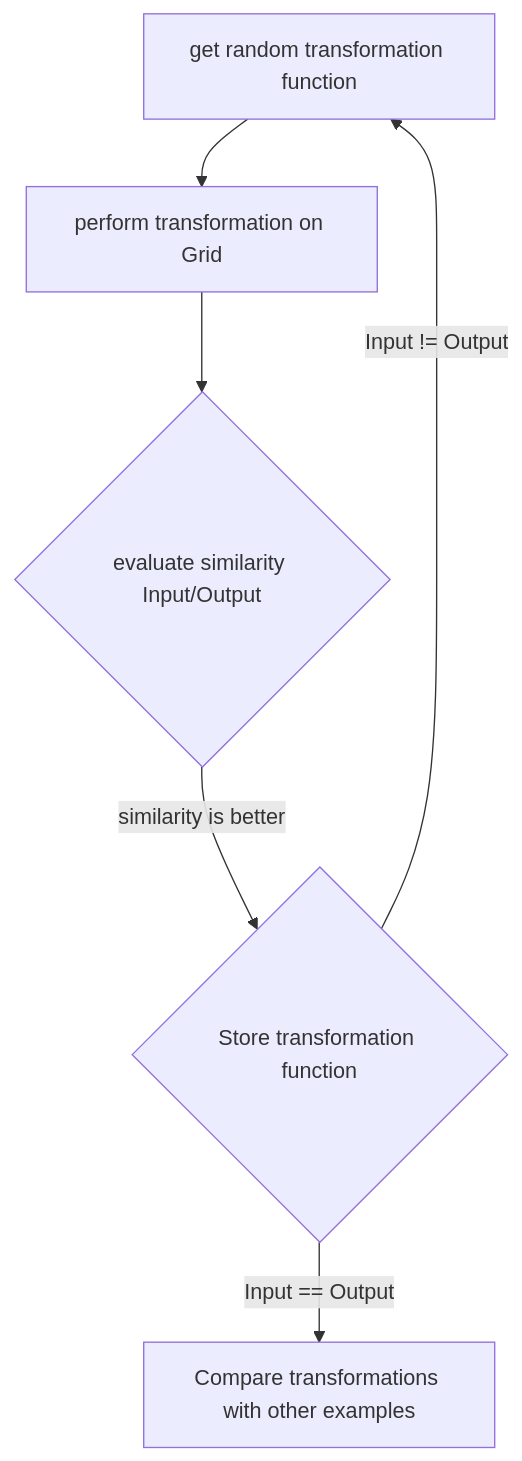
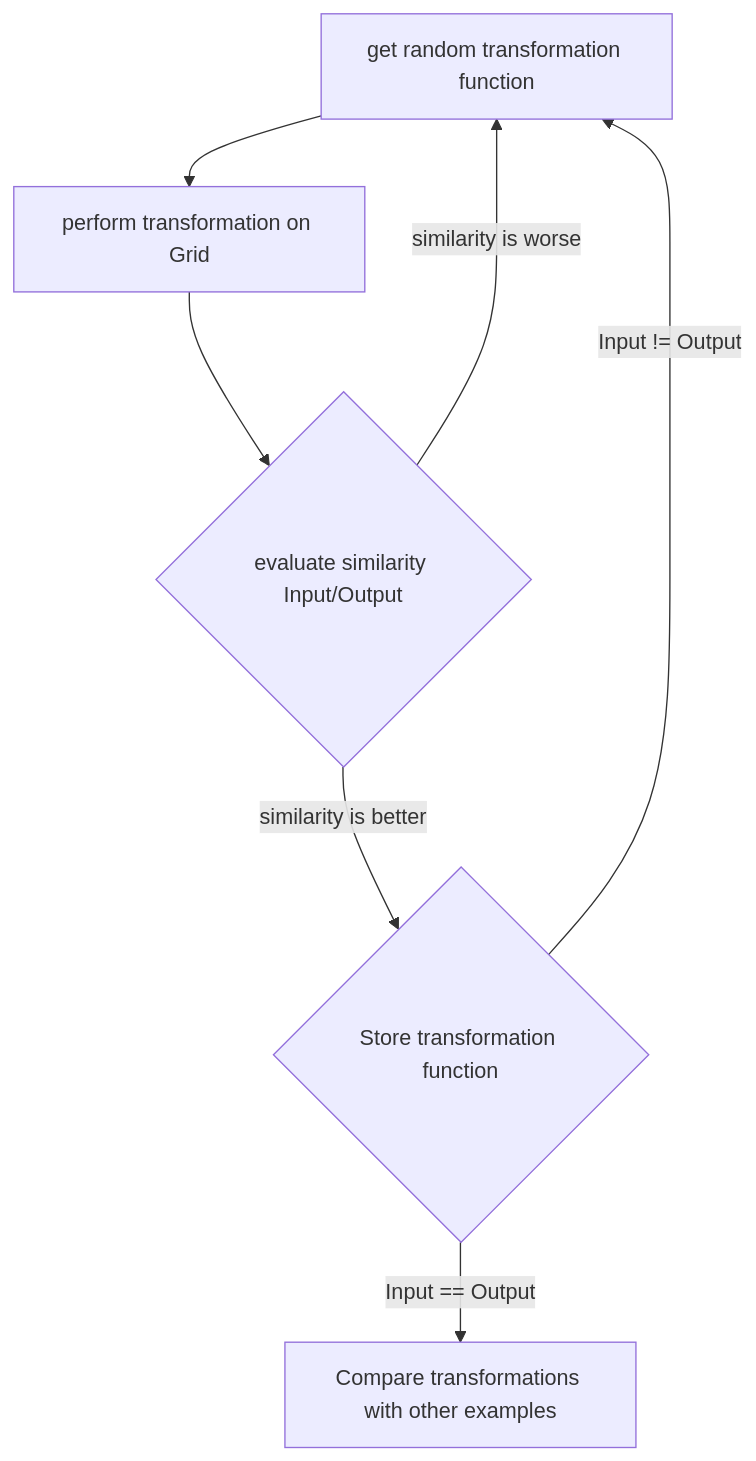
The first of 2 diagrams in README.md (Yingrjimsch/arcc_hitchhikers), drawn with Mermaid before and after one commit. The commit also changed other lines of this file, not shown here.

````diff
--- a/README.md
+++ b/README.md
@@ -109,8 +90,9 @@
 ```mermaid
 graph TD
 start[get random transformation function] --> perform[perform transformation on Grid]
 perform --> eval{evaluate similarity Input/Output}
+eval -->|similarity is worse| start
 eval -->|similarity is better| store{Store transformation function}
 store -->|Input == Output| finish[Compare transformations with other examples]
 store -->|Input != Output| start
 ```
````
